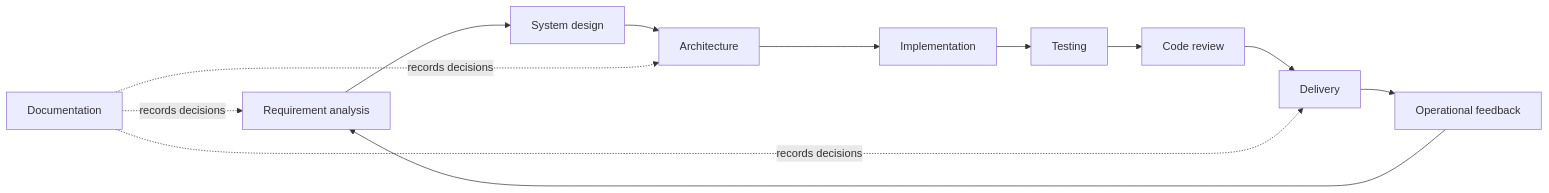
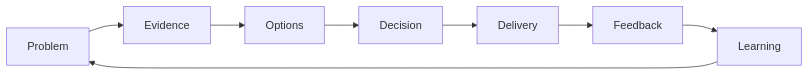
One commit to ChuanGz/engineering-playbook changed the diagram in README.md. Above: the diagram before and after it, drawn with Mermaid. The commit also changed other lines of this file and 39 other files, not shown here.

````diff
--- a/README.md
+++ b/README.md
@@ -51,15 +11,10 @@
 ```mermaid
 flowchart LR
-    R["Requirement analysis"] --> S["System design"]
-    S --> A["Architecture"]
-    A --> I["Implementation"]
-    I --> T["Testing"]
-    T --> C["Code review"]
-    C --> D["Delivery"]
-    D --> O["Operational feedback"]
-    O --> R
-
-    DOC["Documentation"] -. "records decisions" .-> R
-    DOC -. "records decisions" .-> A
-    DOC -. "records decisions" .-> D
+    P["Problem"] --> E["Evidence"]
+    E --> O["Options"]
+    O --> D["Decision"]
+    D --> X["Delivery"]
+    X --> F["Feedback"]
+    F --> L["Learning"]
+    L --> P
 ```
````
